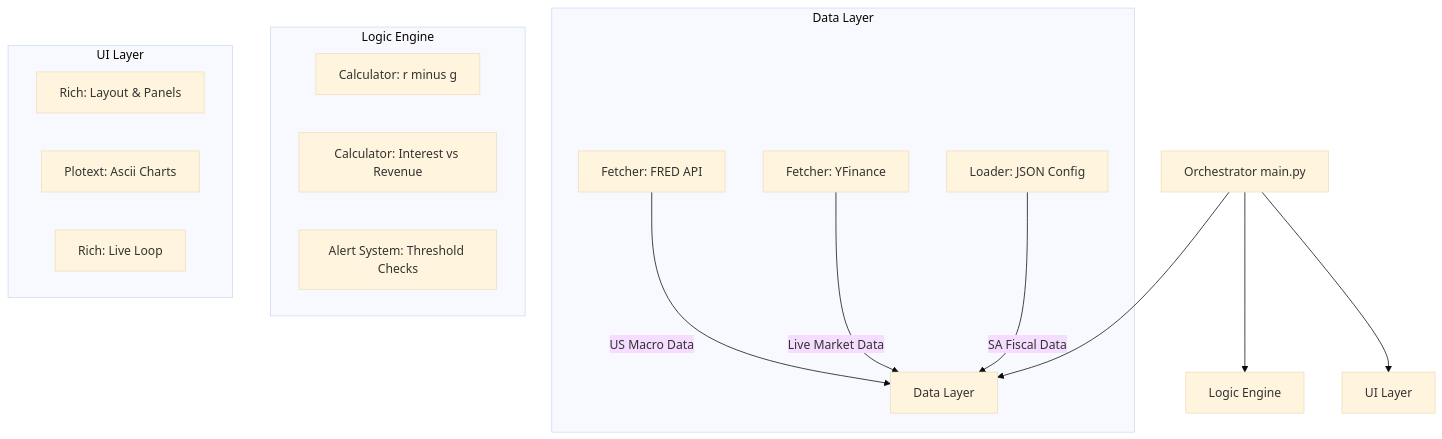
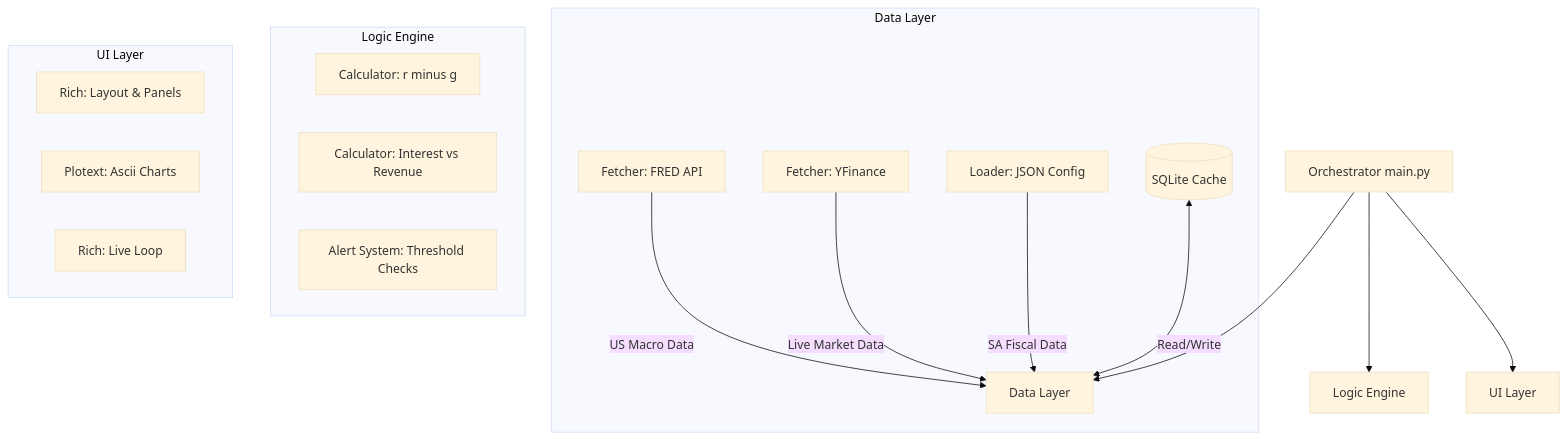
Before and after one commit to Keshy31/sentinel: the diagram in docs/TECH.md, drawn with Mermaid (base theme). The commit also changed other lines of this file and 4 other files, not shown here.

````diff
--- a/docs/TECH.md
+++ b/docs/TECH.md
@@ -21,24 +21,25 @@
 ```mermaid
 graph TD
     A[Orchestrator main.py] --> B[Data Layer]
     A --> C[Logic Engine]
     A --> D[UI Layer]
 
     subgraph Data Layer
         B1[Fetcher: FRED API] --> |US Macro Data| B
         B2[Fetcher: YFinance] --> |Live Market Data| B
         B3[Loader: JSON Config] --> |SA Fiscal Data| B
+        B4[(SQLite Cache)] <--> |Read/Write| B
     end
 
     subgraph Logic Engine
         C1[Calculator: r minus g]
         C2[Calculator: Interest vs Revenue]
         C3[Alert System: Threshold Checks]
     end
 
     subgraph UI Layer
         D1[Rich: Layout & Panels]
         D2[Plotext: Ascii Charts]
         D3[Rich: Live Loop]
     end
 ```
````
